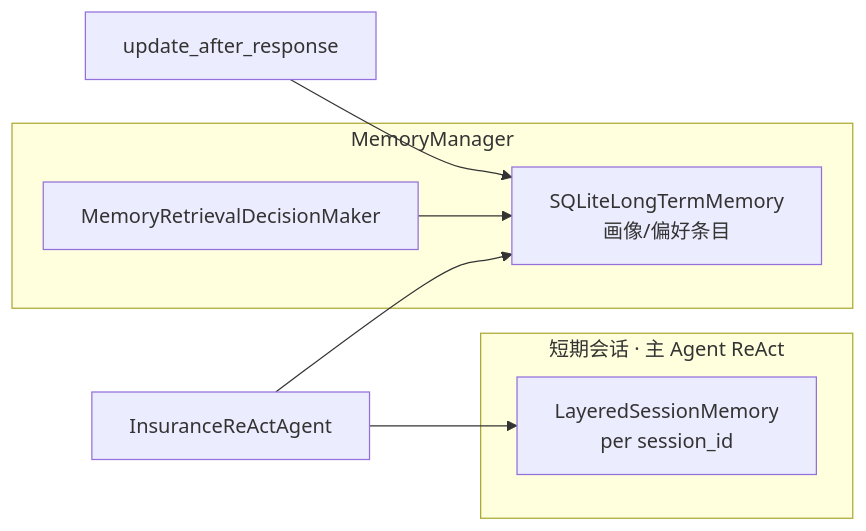
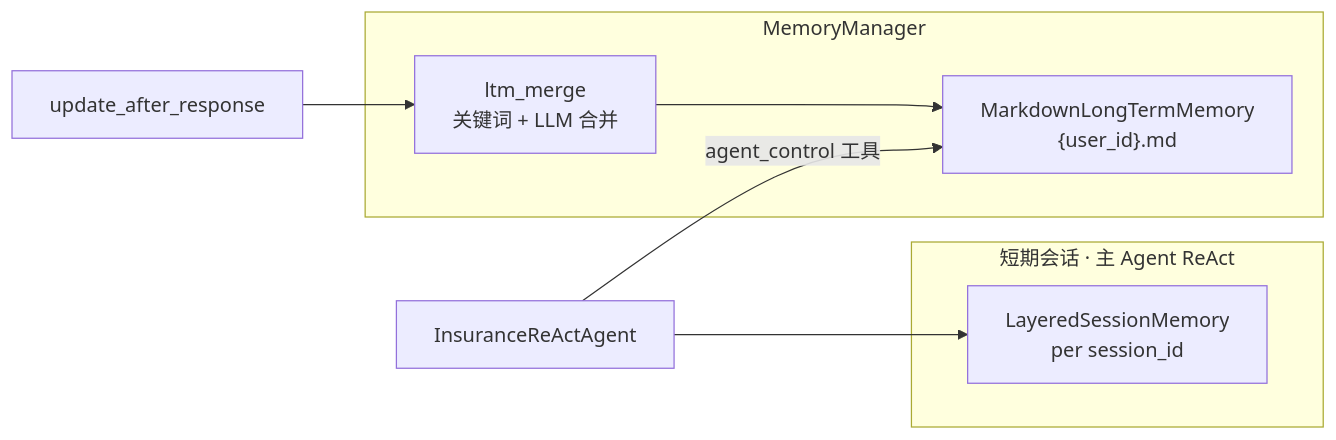
One commit to X14oMa/Loop_Insurance_Agent changed the fifth of 8 diagrams in docs/architecture.md. Above: the diagram before and after it, drawn with Mermaid. The commit also changed other lines of this file and 56 other files, not shown here.

First line of the commit message:
Migrate to Markdown LTM and add eval harness with project docs.

````diff
--- a/docs/architecture.md
+++ b/docs/architecture.md
@@ -278,16 +273,15 @@
 ```mermaid
 flowchart LR
     subgraph SessionMem["短期会话 · 主 Agent ReAct"]
         LSM["LayeredSessionMemory<br/>per session_id"]
     end
 
     subgraph PipelineMem["MemoryManager"]
-        LTM2["SQLiteLongTermMemory<br/>画像/偏好条目"]
-        Dec["MemoryRetrievalDecisionMaker"]
+        LTM2["MarkdownLongTermMemory<br/>{user_id}.md"]
+        Merge["ltm_merge<br/>关键词 + LLM 合并"]
     end
 
     Main["InsuranceReActAgent"] --> LSM
-    Main --> LTM2
-    Dec --> LTM2
-    Pipeline["update_after_response"] --> LTM2
+    Main -->|agent_control 工具| LTM2
+    Pipeline["update_after_response"] --> Merge --> LTM2
 ```
````
